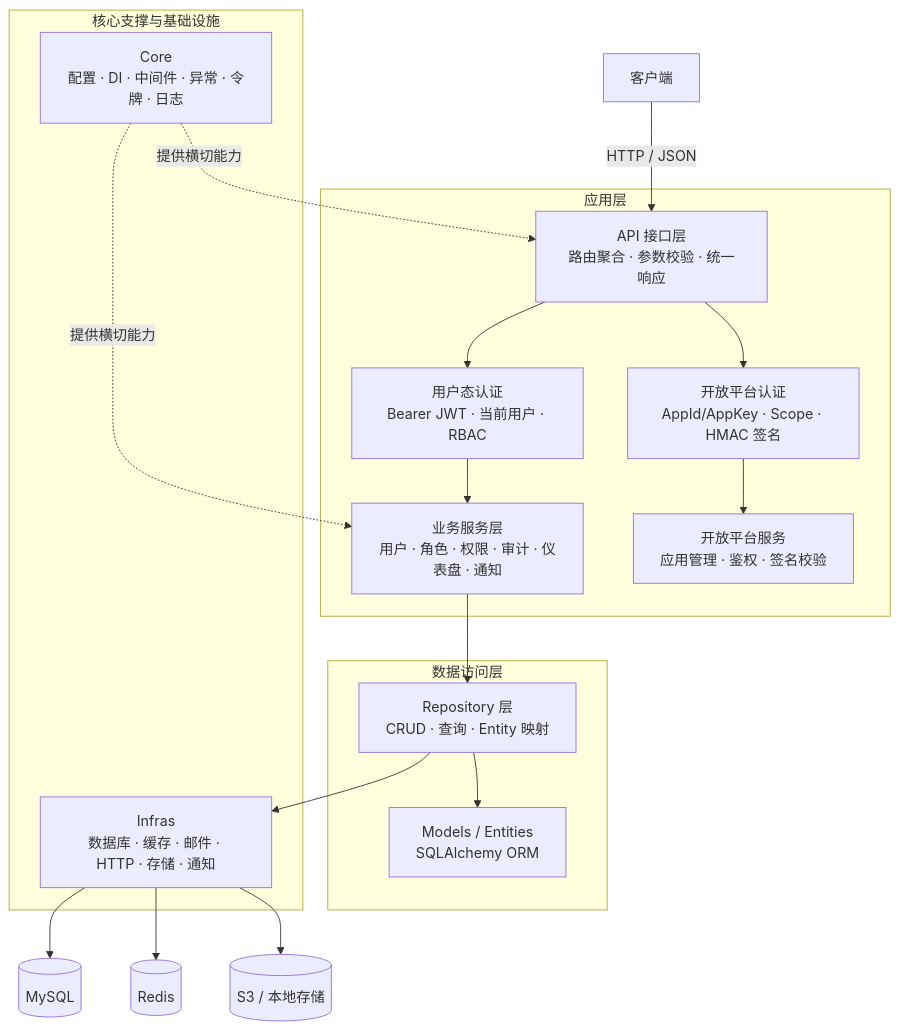
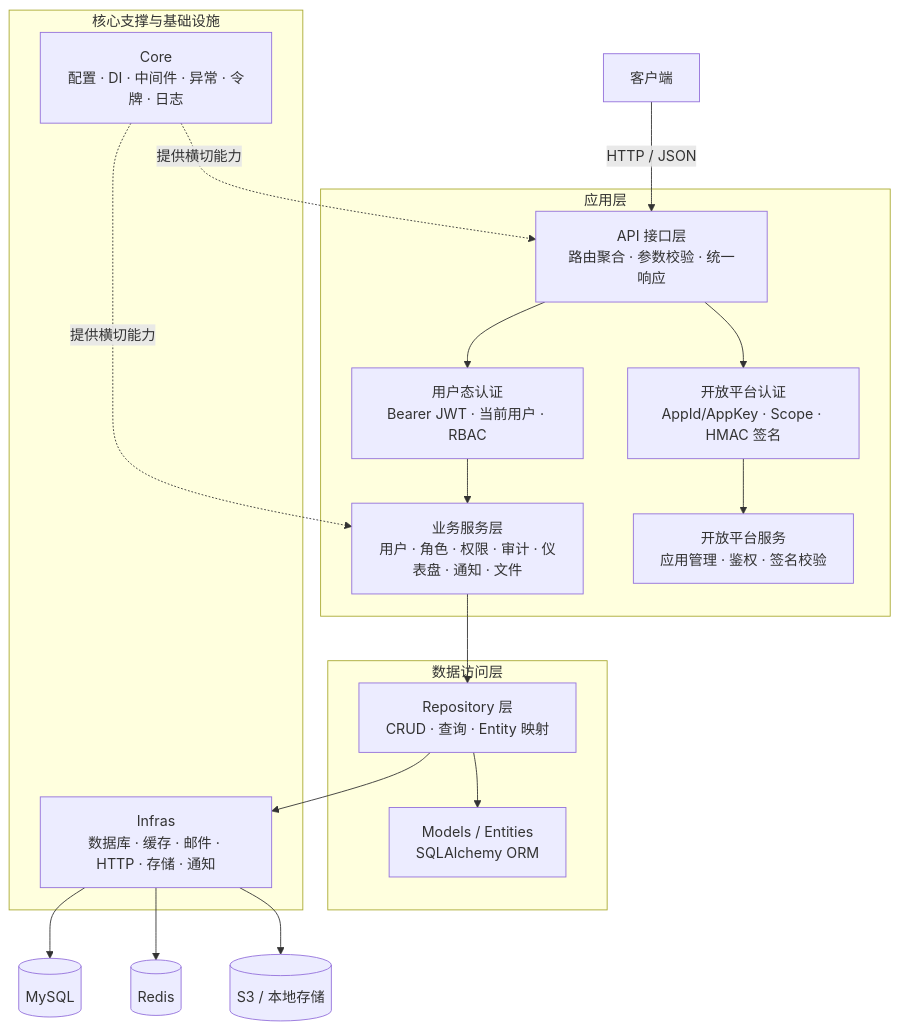
Before and after one commit to cross-lang/x-HanJiang: the first of 5 diagrams in server/README.md, drawn with Mermaid. The commit also changed other lines of this file and 156 other files, not shown here.

````diff
--- a/server/README.md
+++ b/server/README.md
@@ -241,28 +278,28 @@
 ```mermaid
 flowchart TB
   Client[客户端] -->|HTTP / JSON| API[API 接口层<br/>路由聚合 · 参数校验 · 统一响应]
 
   subgraph Application[应用层]
     API --> Auth[用户态认证<br/>Bearer JWT · 当前用户 · RBAC]
     API --> OpenAuth[开放平台认证<br/>AppId/AppKey · Scope · HMAC 签名]
-    Auth --> Service[业务服务层<br/>用户 · 角色 · 权限 · 审计 · 仪表盘 · 通知]
+    Auth --> Service[业务服务层<br/>用户 · 角色 · 权限 · 审计 · 仪表盘 · 通知 · 文件]
     OpenAuth --> OpenService[开放平台服务<br/>应用管理 · 鉴权 · 签名校验]
   end
 
   subgraph Data[数据访问层]
     Service --> Repository[Repository 层<br/>CRUD · 查询 · Entity 映射]
     Repository --> Entity[Models / Entities<br/>SQLAlchemy ORM]
   end
 
   subgraph Support[核心支撑与基础设施]
     Core[Core<br/>配置 · DI · 中间件 · 异常 · 令牌 · 日志]
     Infra[Infras<br/>数据库 · 缓存 · 邮件 · HTTP · 存储 · 通知]
   end
 
   Core -.提供横切能力.-> API
   Core -.提供横切能力.-> Service
   Repository --> Infra
   Infra --> DB[(MySQL)]
   Infra --> Redis[(Redis)]
   Infra --> OSS[(S3 / 本地存储)]
 ```
````
